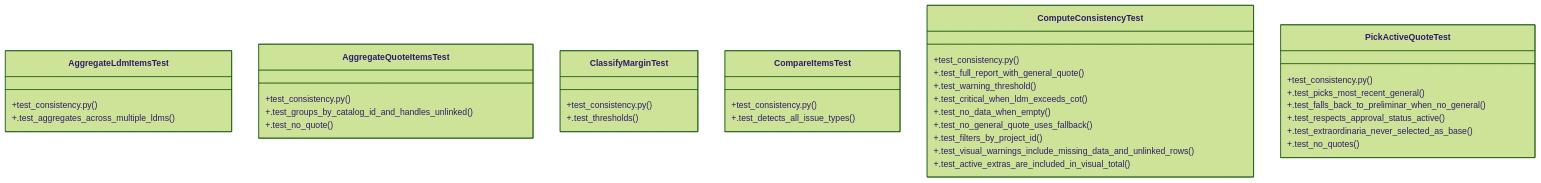
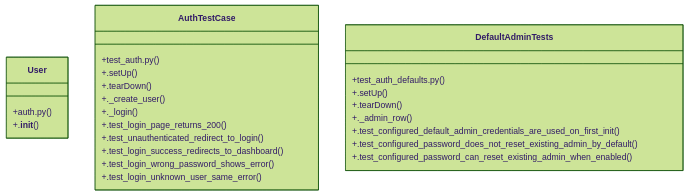
One commit to Daftrick/ProjectTracker changed the diagram in graphify-out/wiki/Community_8.md. Above: the diagram before and after it, drawn with Mermaid (forest theme). The commit also changed other lines of this file and 495 other files, not shown here.

````diff
--- a/graphify-out/wiki/Community_8.md
+++ b/graphify-out/wiki/Community_8.md
@@ -36,39 +36,28 @@
 ```mermaid
 classDiagram
-    class AggregateLdmItemsTest {
-        +test_consistency.py()
-        +.test_aggregates_across_multiple_ldms()
+    class User {
+        +auth.py()
+        +.__init__()
     }
-    class AggregateQuoteItemsTest {
-        +test_consistency.py()
-        +.test_groups_by_catalog_id_and_handles_unlinked()
-        +.test_no_quote()
+    class AuthTestCase {
+        +test_auth.py()
+        +.setUp()
+        +.tearDown()
+        +._create_user()
+        +._login()
+        +.test_login_page_returns_200()
+        +.test_unauthenticated_redirect_to_login()
+        +.test_login_success_redirects_to_dashboard()
+        +.test_login_wrong_password_shows_error()
+        +.test_login_unknown_user_same_error()
     }
-    class ClassifyMarginTest {
-        +test_consistency.py()
-        +.test_thresholds()
-    }
-    class CompareItemsTest {
-        +test_consistency.py()
-        +.test_detects_all_issue_types()
-    }
-    class ComputeConsistencyTest {
-        +test_consistency.py()
-        +.test_full_report_with_general_quote()
-        +.test_warning_threshold()
-        +.test_critical_when_ldm_exceeds_cot()
-        +.test_no_data_when_empty()
-        +.test_no_general_quote_uses_fallback()
-        +.test_filters_by_project_id()
-        +.test_visual_warnings_include_missing_data_and_unlinked_rows()
-        +.test_active_extras_are_included_in_visual_total()
-    }
-    class PickActiveQuoteTest {
-        +test_consistency.py()
-        +.test_picks_most_recent_general()
-        +.test_falls_back_to_preliminar_when_no_general()
-        +.test_respects_approval_status_active()
-        +.test_extraordinaria_never_selected_as_base()
-        +.test_no_quotes()
+    class DefaultAdminTests {
+        +test_auth_defaults.py()
+        +.setUp()
+        +.tearDown()
+        +._admin_row()
+        +.test_configured_default_admin_credentials_are_used_on_first_init()
+        +.test_configured_password_does_not_reset_existing_admin_by_default()
+        +.test_configured_password_can_reset_existing_admin_when_enabled()
     }
 ```
````
